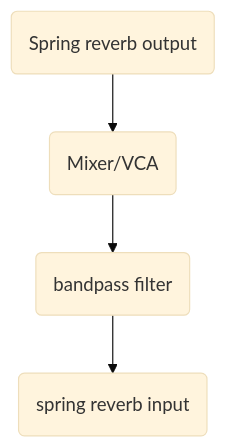
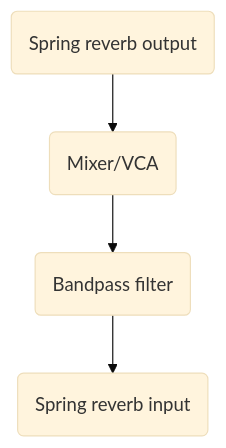
One commit to aidanreilly/man_synth changed the first of 4 diagrams in _drafts/spring-thing.md. Above: the diagram before and after it, drawn with Mermaid (base theme). The commit also changed other lines of this file and 2 other files, not shown here.

```diff
--- a/_drafts/spring-thing.md
+++ b/_drafts/spring-thing.md
@@ -22,6 +20,6 @@
 <div class="mermaid">
 graph TD;
 A(Spring reverb output) --> B(Mixer/VCA)
-B(Mixer/VCA)-->C(bandpass filter)
-C(bandpass filter)-->E(spring reverb input)
+B(Mixer/VCA)-->C(Bandpass filter)
+C(Bandpass filter)-->E(Spring reverb input)
 </div>
```
